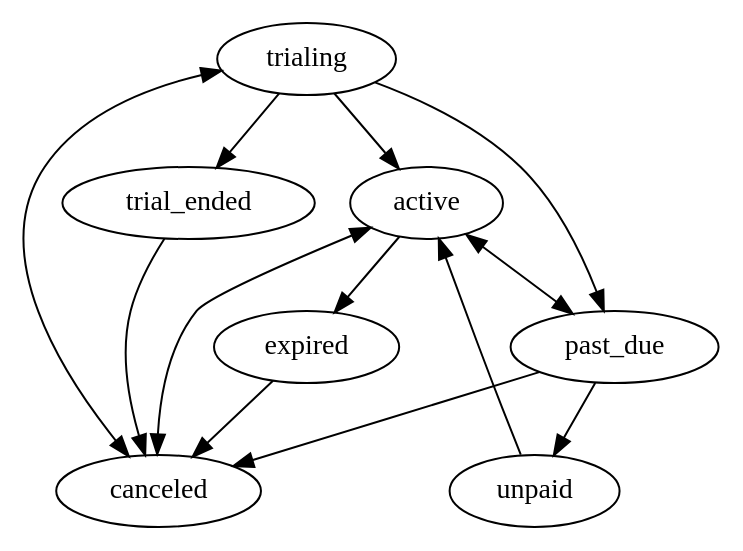
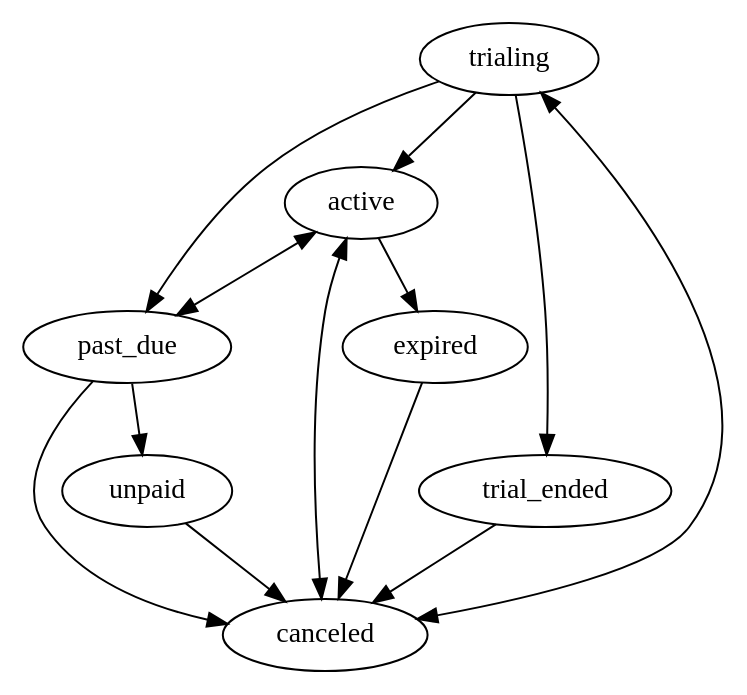
One commit to wsmoak/chargify-examples changed the diagram in subscription-states/subscription_states.dot. Above: the diagram before and after it, drawn with Graphviz. The commit also changed 1 other file, not shown here.

Commit message:
Unpaid subs must be canceled before reactivating

```diff
--- a/subscription-states/subscription_states.dot
+++ b/subscription-states/subscription_states.dot
@@ -1,18 +1,18 @@
 digraph subscription_states {
  concentrate=true;
  trialing -> active;
  trialing -> trial_ended;
  trialing -> past_due;
  trialing -> canceled;
  trial_ended -> canceled;
  active -> canceled;
  active -> past_due;
  active -> expired;
  past_due -> unpaid;
  past_due -> active;
  past_due -> canceled;
- unpaid -> active;
+ unpaid -> canceled;
  expired -> canceled;
  canceled -> active;
  canceled -> trialing;
 }
```
